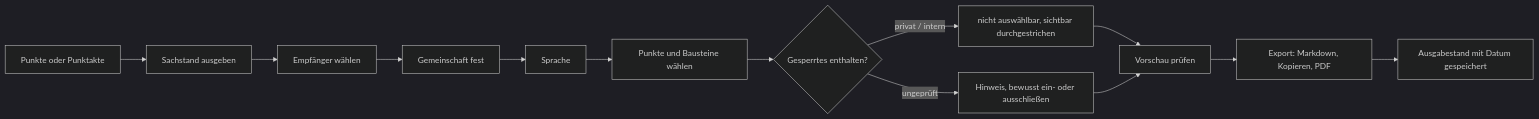
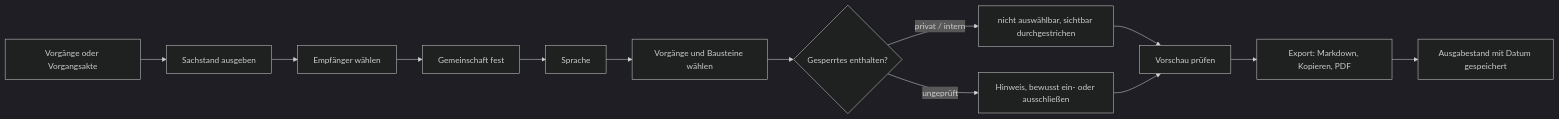
Before and after one commit to Luis85/weg-manager: the diagram in docs/design/user-flows/FLOW-07 - Sachstand gezielt ausgeben.md, drawn with Mermaid (dark theme). The commit also changed other lines of this file and 395 other files, not shown here.

````diff
--- a/docs/design/user-flows/FLOW-07 - Sachstand gezielt ausgeben.md
+++ b/docs/design/user-flows/FLOW-07 - Sachstand gezielt ausgeben.md
@@ -20,14 +20,14 @@
 ```mermaid
 flowchart LR
-  A[Punkte oder Punktakte] --> B[Sachstand ausgeben]
+  A[Vorgänge oder Vorgangsakte] --> B[Sachstand ausgeben]
   B --> C[Empfänger wählen]
   C --> D[Gemeinschaft fest]
   D --> E[Sprache]
-  E --> F[Punkte und Bausteine wählen]
+  E --> F[Vorgänge und Bausteine wählen]
   F --> G{Gesperrtes enthalten?}
   G -- privat / intern --> H[nicht auswählbar, sichtbar durchgestrichen]
   G -- ungeprüft --> I[Hinweis, bewusst ein- oder ausschließen]
   H & I --> J[Vorschau prüfen]
   J --> K[Export: Markdown, Kopieren, PDF]
   K --> L[Ausgabestand mit Datum gespeichert]
 ```
````
